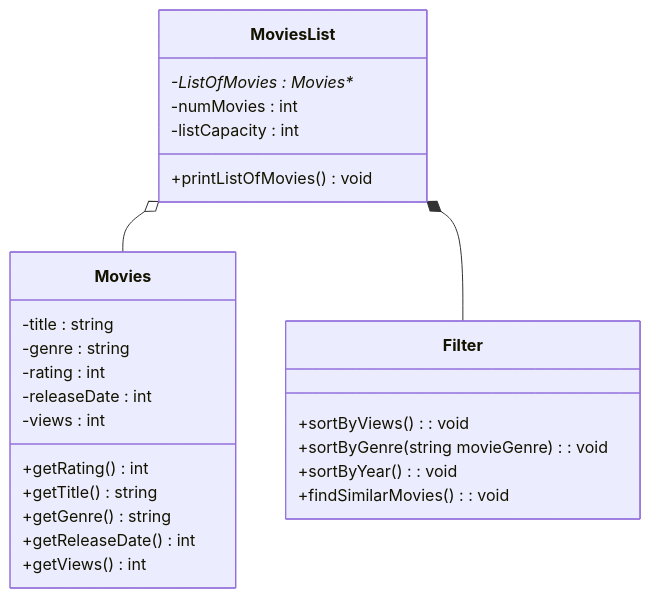
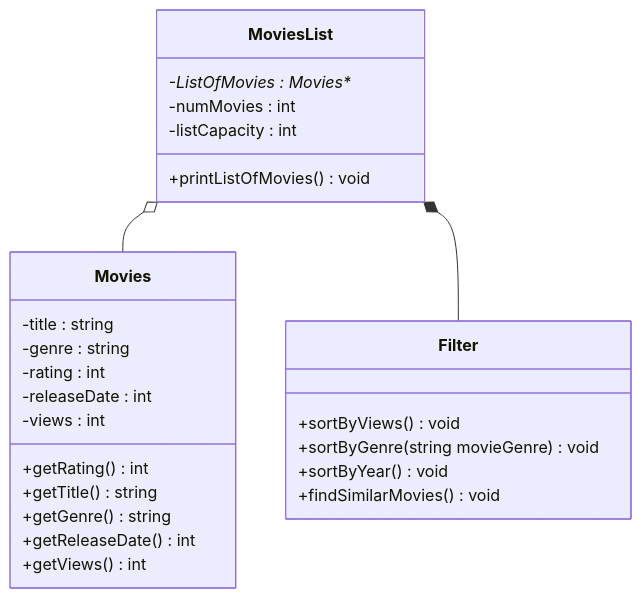
Before and after one commit to ssant096/Movie-Recommeder: the diagram in README.md, drawn with Mermaid.

Commit message:
fixed typo in Filter class

````diff
--- a/README.md
+++ b/README.md
@@ -30,30 +30,30 @@
 ```mermaid
  classDiagram
  MoviesList o-- Movies
  MoviesList *-- Filter
  class Movies{
    -title : string
    -genre : string
    -rating : int
    -releaseDate : int
    -views : int
    +getRating() int
    +getTitle() string
    +getGenre() string
    +getReleaseDate() int
    +getViews() int
  }
  class MoviesList{
    -ListOfMovies : Movies**
    -numMovies : int
    -listCapacity : int
    +printListOfMovies() void
  }
  class Filter{
-   +sortByViews() : void
-   +sortByGenre(string movieGenre) : void
-   +sortByYear() : void
-   +findSimilarMovies() : void
+   +sortByViews() void
+   +sortByGenre(string movieGenre) void
+   +sortByYear() void
+   +findSimilarMovies() void
  }
  
  ```
````
